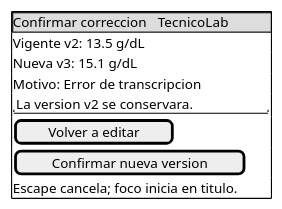
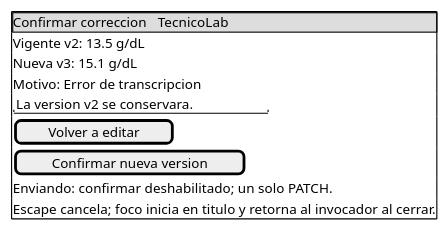
The diagram in docs/modulos/ingreso-resultados-laboratorio/semana-10/wireframes/03-confirmar-correccion-movil.puml (orem6/SistemaHospitalarioPersonal-keily), drawn with PlantUML before and after one commit. The commit also changed 10 other files, not shown here.

```diff
--- a/docs/modulos/ingreso-resultados-laboratorio/semana-10/wireframes/03-confirmar-correccion-movil.puml
+++ b/docs/modulos/ingreso-resultados-laboratorio/semana-10/wireframes/03-confirmar-correccion-movil.puml
@@ -1,12 +1,13 @@
 @startsalt
 {+
 {* Confirmar correccion | TecnicoLab }
 Vigente v2: 13.5 g/dL
 Nueva v3: 15.1 g/dL
 Motivo: Error de transcripcion
 "La version v2 se conservara."
 [ Volver a editar ]
 [ Confirmar nueva version ]
-Escape cancela; foco inicia en titulo.
+Enviando: confirmar deshabilitado; un solo PATCH.
+Escape cancela; foco inicia en titulo y retorna al invocador al cerrar.
 }
 @endsalt
```
